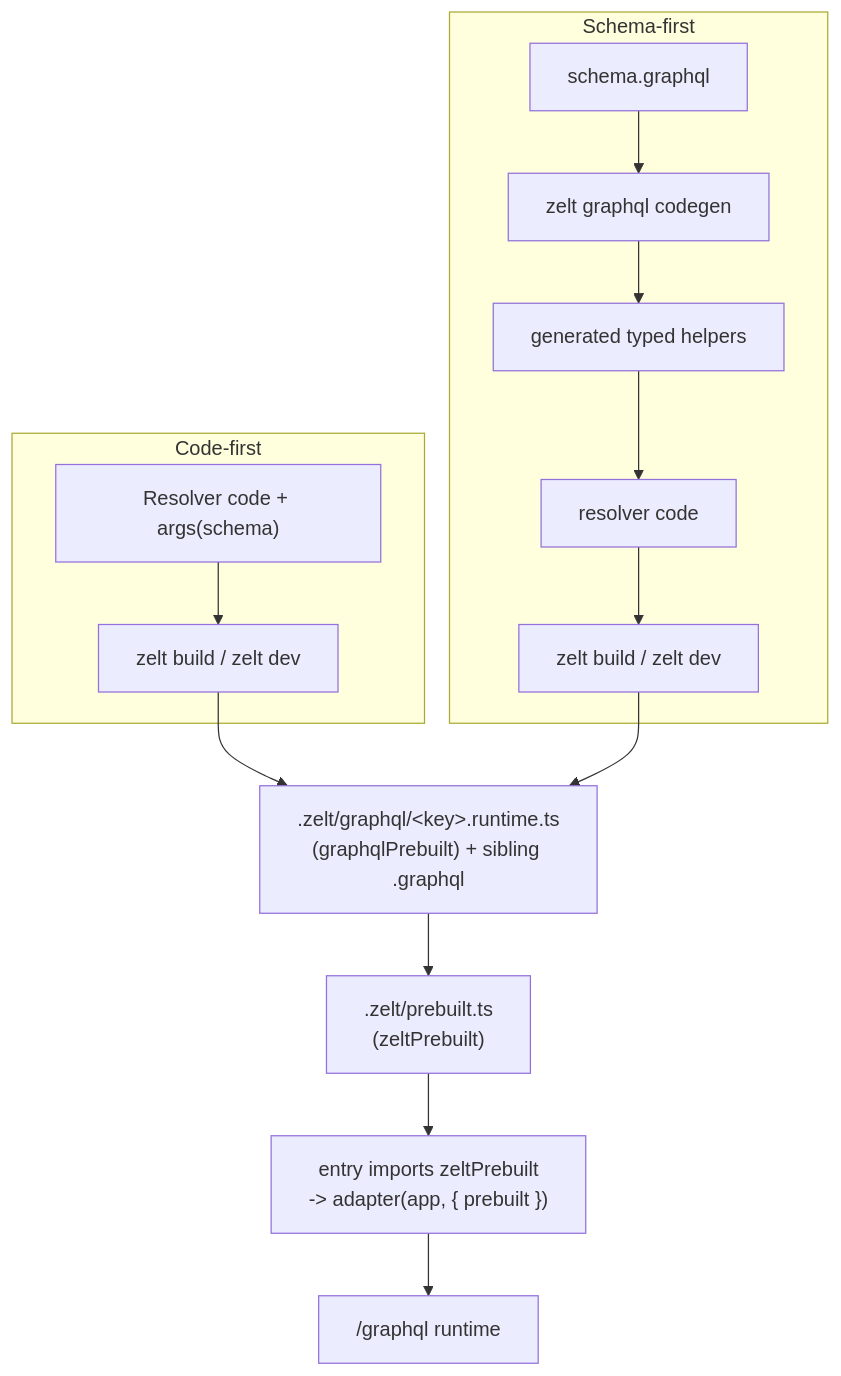
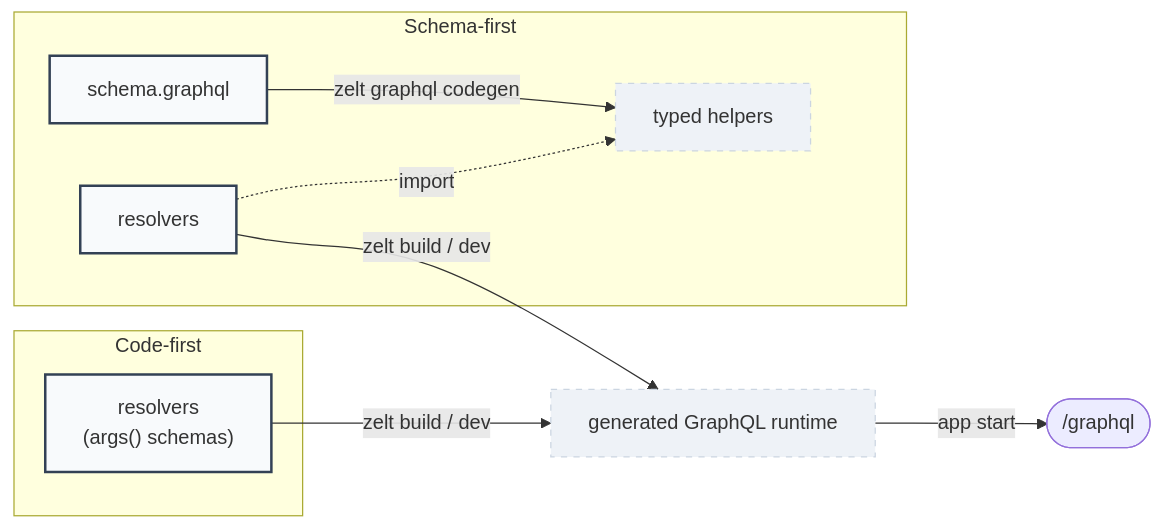
Before and after one commit to zeltjs/zelt: the diagram in website/docs/graphql.md, drawn with Mermaid. The commit also changed other lines of this file and 1 other file, not shown here.

Commit message:
docs(graphql): redesign build-flow diagram around user-edited sources
The previous diagram mixed user actions, commands and internal artifacts
as same-looking nodes, exposed .zelt/ paths and prebuilt wiring readers
never touch, and packed a pseudo-arrow into a node label. Redraw it from
the reader's perspective: solid nodes are sources you edit, dashed nodes
are generated artifacts, commands live on the edges that produce them,
and the tail collapses to the observable /graphql endpoint. A caption
states the regeneration rule since stale artifacts surface as errors.

Verified: precommit-verify ✓ (a71bce0bdebf2bf0)

````diff
--- a/website/docs/graphql.md
+++ b/website/docs/graphql.md
@@ -20,19 +20,17 @@
 ```mermaid
-flowchart TD
+flowchart LR
   subgraph CF["Code-first"]
-    CF1["Resolver code + args(schema)"] --> CF2["zelt build / zelt dev"]
+    CFR["resolvers<br/>(args() schemas)"]
   end
-
   subgraph SF["Schema-first"]
-    SF1["schema.graphql"] --> SF2["zelt graphql codegen"]
-    SF2 --> SF3["generated typed helpers"]
-    SF3 --> SF4["resolver code"]
-    SF4 --> SF5["zelt build / zelt dev"]
+    SFS["schema.graphql"] -- "zelt graphql codegen" --> SFH["typed helpers"]
+    SFR["resolvers"] -. "import" .-> SFH
   end
-
-  CF2 --> RT[".zelt/graphql/&lt;key&gt;.runtime.ts<br/>(graphqlPrebuilt) + sibling .graphql"]
-  SF5 --> RT
-  RT --> PB[".zelt/prebuilt.ts<br/>(zeltPrebuilt)"]
-  PB --> ENTRY["entry imports zeltPrebuilt<br/>-> adapter(app, { prebuilt })"]
-  ENTRY --> RUNTIME["/graphql runtime"]
+  CFR -- "zelt build / dev" --> GRT["generated GraphQL runtime"]
+  SFR -- "zelt build / dev" --> GRT
+  GRT -- "app start" --> EP(["/graphql"])
+  classDef sot fill:#f8fafc,stroke:#334155,stroke-width:2px
+  classDef gen fill:#eef2f7,stroke:#cbd5e1,stroke-dasharray:5 5
+  class CFR,SFS,SFR sot
+  class SFH,GRT gen
 ```
````
